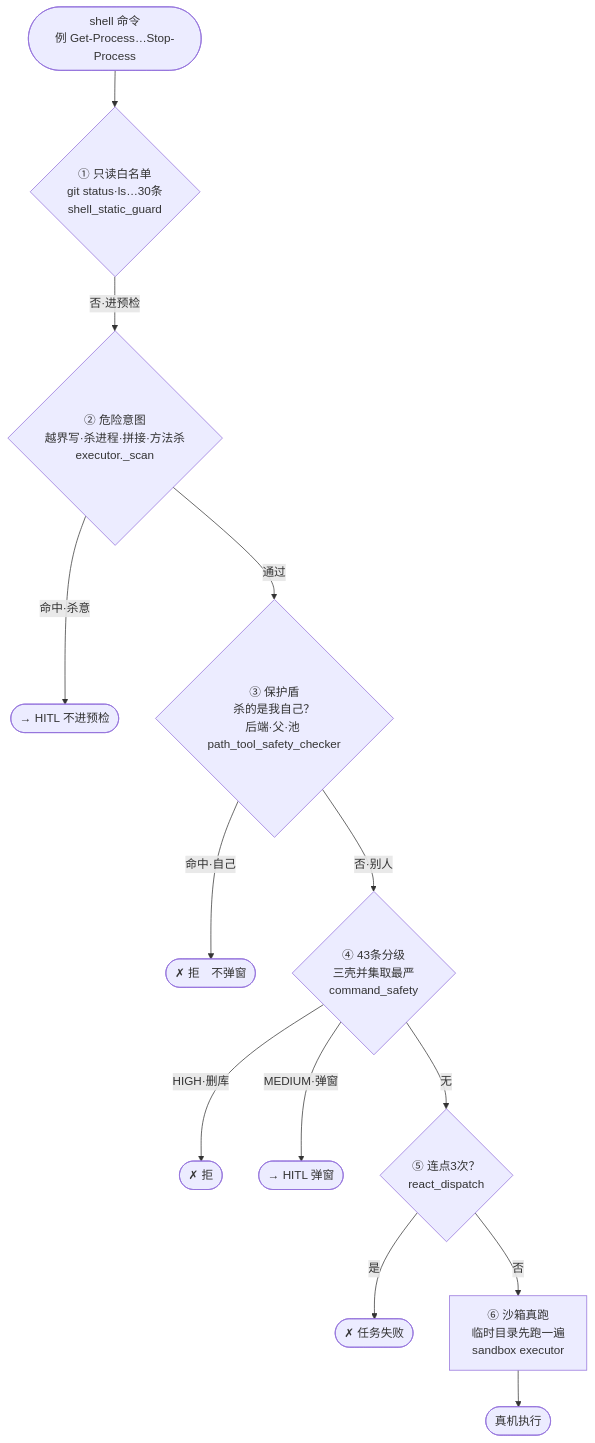
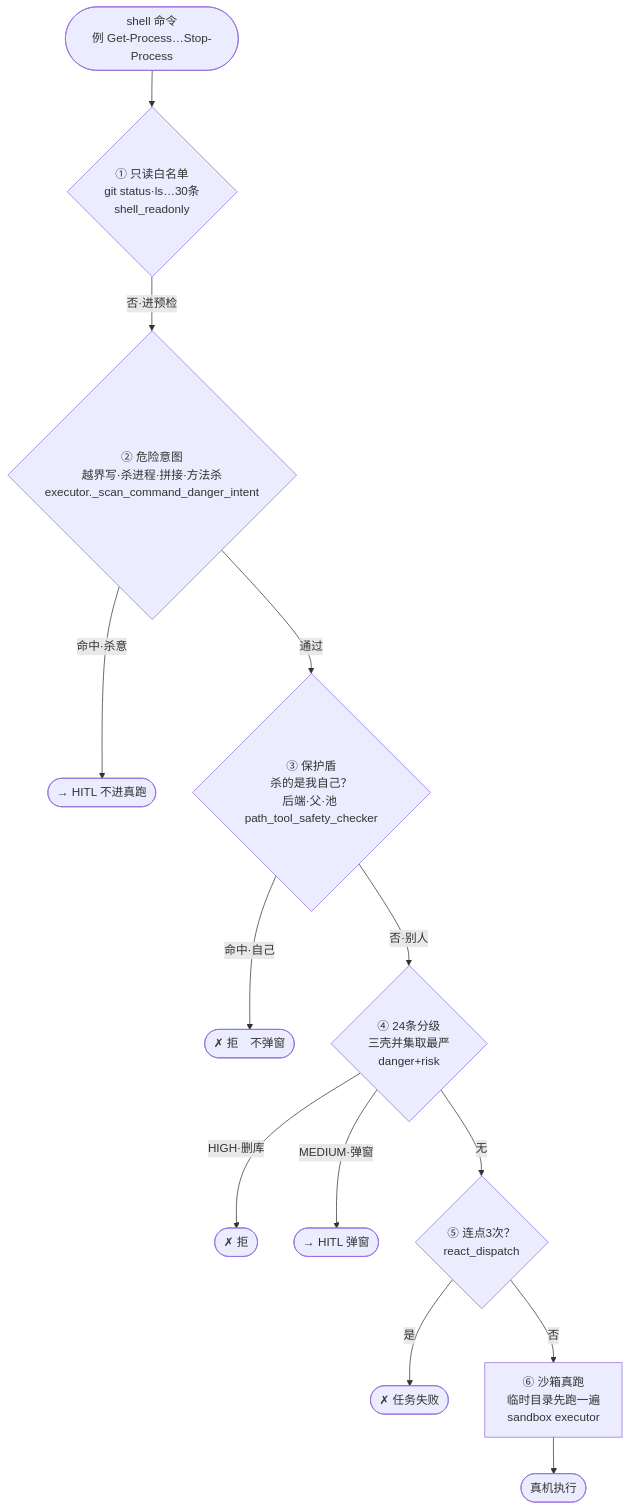
One commit to joshuachendyb/OmniAgentAst changed the second of 2 diagrams in backend/app/datafile/path_decision.md. Above: the diagram before and after it, drawn with Mermaid. The commit also changed other lines of this file and 12 other files, not shown here.

````diff
--- a/backend/app/datafile/path_decision.md
+++ b/backend/app/datafile/path_decision.md
@@ -110,15 +107,15 @@
 ```mermaid
 graph TD
-    S([shell 命令<br/>例 Get-Process…Stop-Process]) --> W{"① 只读白名单<br/>git status·ls…30条<br/>shell_static_guard"}
-    W -->|否·进预检| D2{"② 危险意图<br/>越界写·杀进程·拼接·方法杀<br/>executor._scan"}
-    D2 -->|命中·杀意| H2(["→ HITL 不进预检"])
+    S([shell 命令<br/>例 Get-Process…Stop-Process]) --> W{"① 只读白名单<br/>git status·ls…30条<br/>shell_readonly"}
+    W -->|否·进预检| D2{"② 危险意图<br/>越界写·杀进程·拼接·方法杀<br/>executor._scan_command_danger_intent"}
+    D2 -->|命中·杀意| H2(["→ HITL 不进真跑"])
     D2 -->|通过| P4{"③ 保护盾<br/>杀的是我自己？<br/>后端·父·池 path_tool_safety_checker"}
     P4 -->|命中·自己| X4(["✗ 拒　不弹窗"])
-    P4 -->|否·别人| D3{"④ 43条分级<br/>三壳并集取最严<br/>command_safety"}
+    P4 -->|否·别人| D3{"④ 24条分级<br/>三壳并集取最严<br/>danger+risk"}
     D3 -->|HIGH·删库| X3(["✗ 拒"])
     D3 -->|MEDIUM·弹窗| H3(["→ HITL 弹窗"])
     D3 -->|无| C5{"⑤ 连点3次？<br/>react_dispatch"}
     C5 -->|是| X5(["✗ 任务失败"])
     C5 -->|否| S6["⑥ 沙箱真跑<br/>临时目录先跑一遍<br/>sandbox executor"]
     S6 --> E(["真机执行"])
 ```
````
